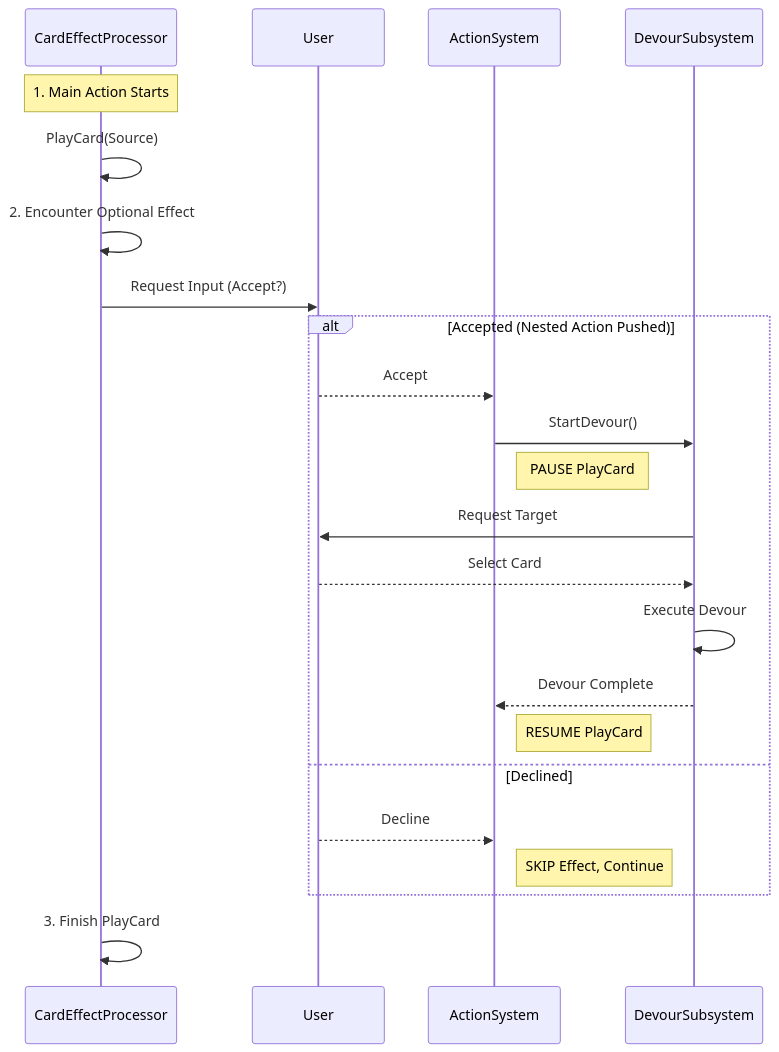
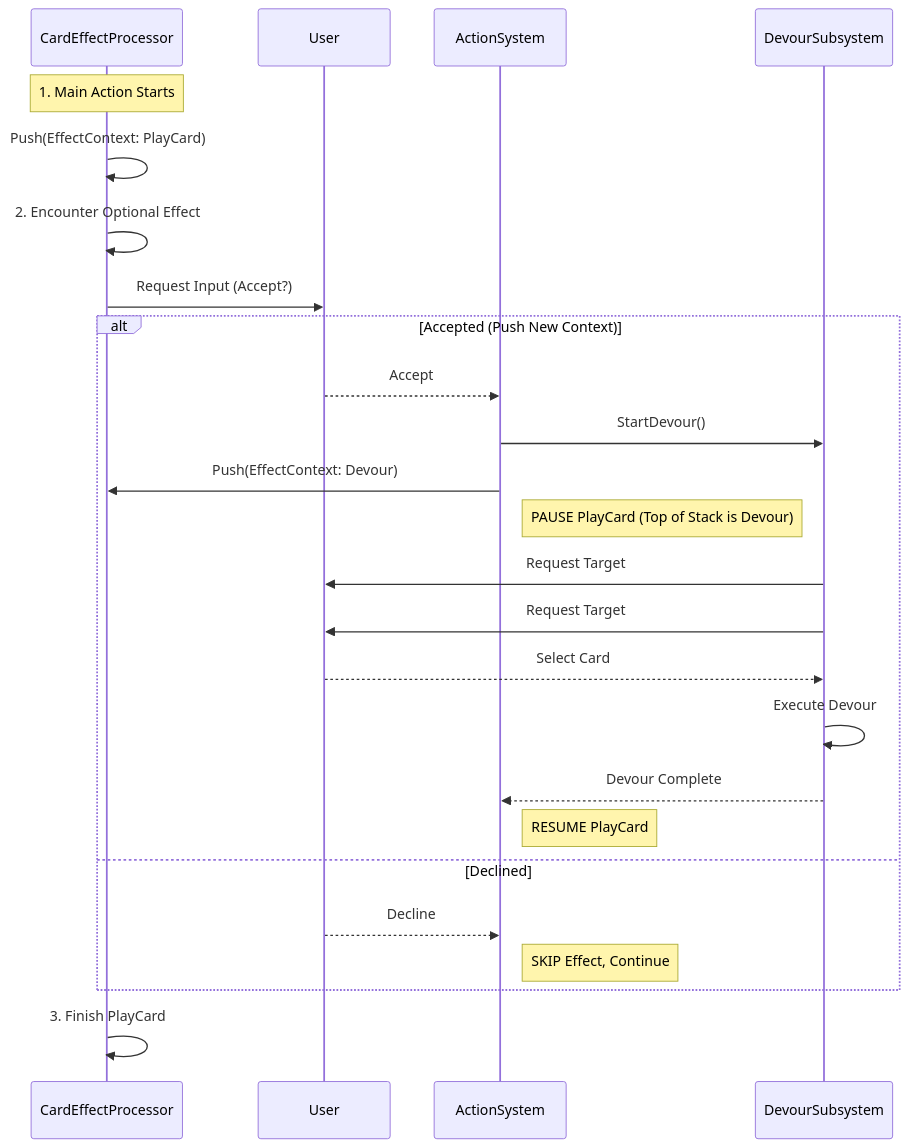
Before and after one commit to Itzoqq/ChaosWarlords: diagram 22 of 24 in docs/game-logic-flow.md, drawn with Mermaid. The commit also changed other lines of this file and 38 other files, not shown here.

````diff
--- a/docs/game-logic-flow.md
+++ b/docs/game-logic-flow.md
@@ -776,31 +815,35 @@
 ```mermaid
 sequenceDiagram
     participant Stack as CardEffectProcessor
     participant UI as User
     participant Logic as ActionSystem
     participant Sub as DevourSubsystem
 
     Note over Stack: 1. Main Action Starts
-    Stack->>Stack: PlayCard(Source)
+    Stack->>Stack: Push(EffectContext: PlayCard)
     
     Stack->>Stack: 2. Encounter Optional Effect
     Stack->>UI: Request Input (Accept?)
     
-    alt Accepted (Nested Action Pushed)
+    alt Accepted (Push New Context)
         UI-->>Logic: Accept
         Logic->>Sub: StartDevour() 
-        Note right of Logic: PAUSE PlayCard
+        Logic->>Stack: Push(EffectContext: Devour)
+        Note right of Logic: PAUSE PlayCard (Top of Stack is Devour)
+        
+        Sub->>UI: Request Target
+
         
         Sub->>UI: Request Target
         UI-->>Sub: Select Card
         Sub->>Sub: Execute Devour
         
         Sub-->>Logic: Devour Complete
         Note right of Logic: RESUME PlayCard
     else Declined
         UI-->>Logic: Decline
         Note right of Logic: SKIP Effect, Continue
     end
     
     Stack->>Stack: 3. Finish PlayCard
 ```
````
